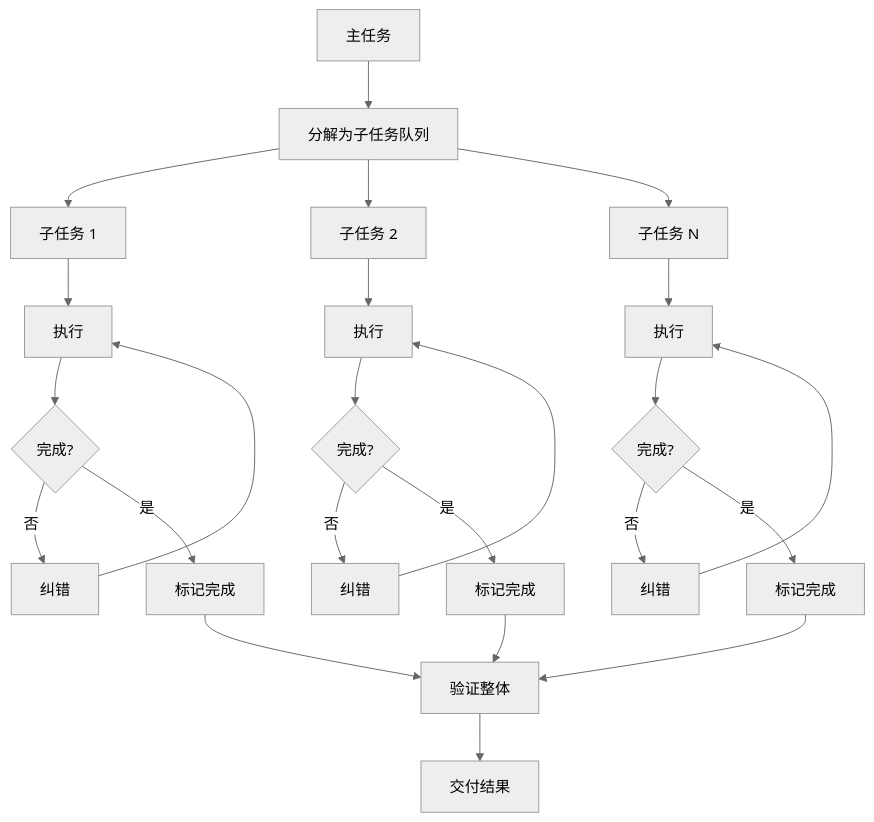
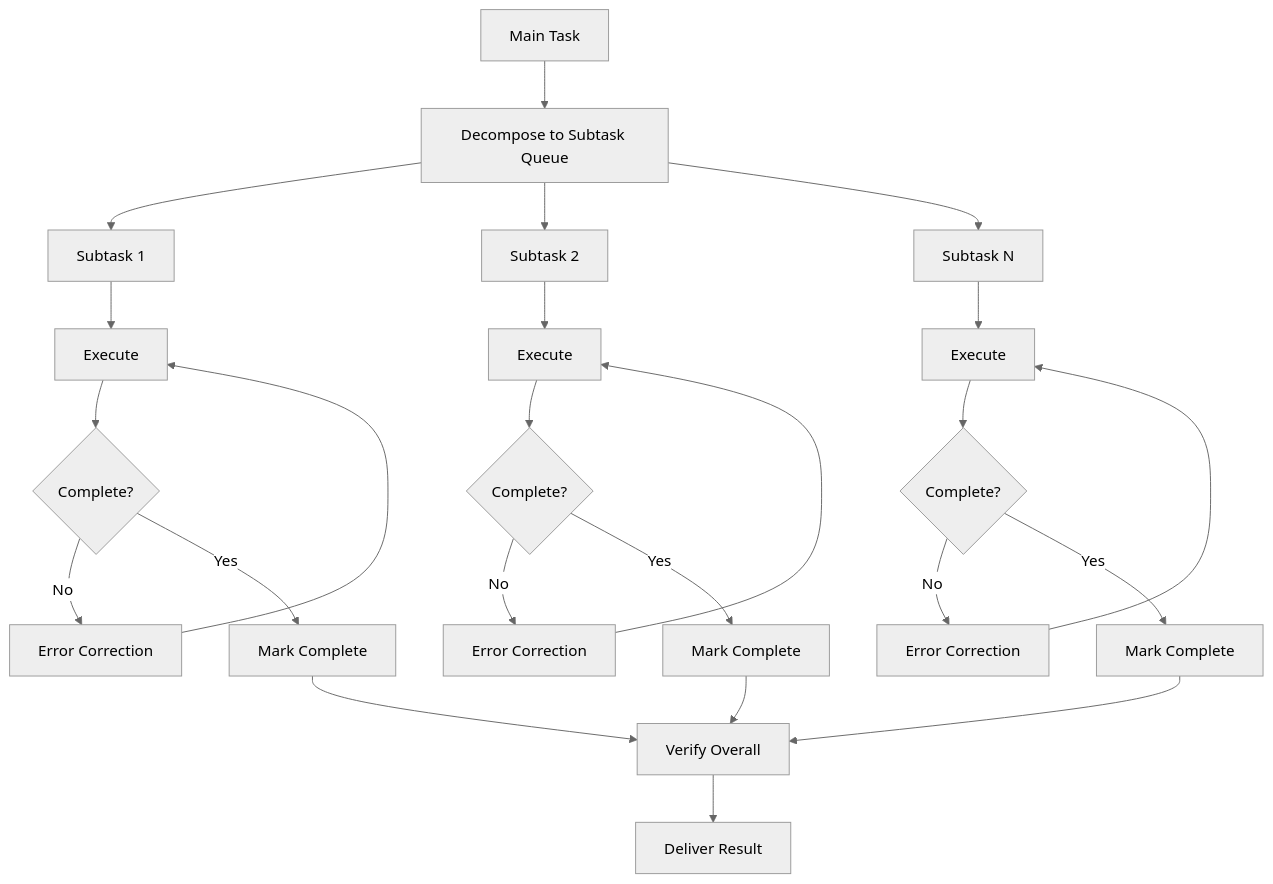
The third of 11 diagrams in ROADMAP.md (dyu55/My-Agent), drawn with Mermaid (neutral theme) before and after one commit. The commit also changed other lines of this file and 2 other files, not shown here.

````diff
--- a/ROADMAP.md
+++ b/ROADMAP.md
@@ -97,22 +96,22 @@
 ```mermaid
 flowchart TD
-    T1[主任务] --> T2[分解为子任务队列]
-    T2 --> T3[子任务 1]
-    T2 --> T4[子任务 2]
-    T2 --> T5[子任务 N]
+    T1[Main Task] --> T2[Decompose to Subtask Queue]
+    T2 --> T3[Subtask 1]
+    T2 --> T4[Subtask 2]
+    T2 --> T5[Subtask N]
 
-    T3 --> T3A[执行] --> T3B{完成?}
-    T4 --> T4A[执行] --> T4B{完成?}
-    T5 --> T5A[执行] --> T5B{完成?}
+    T3 --> T3A[Execute] --> T3B{Complete?}
+    T4 --> T4A[Execute] --> T4B{Complete?}
+    T5 --> T5A[Execute] --> T5B{Complete?}
 
-    T3B -- 否 --> E1[纠错] --> T3A
-    T4B -- 否 --> E2[纠错] --> T4A
-    T5B -- 否 --> E3[纠错] --> T5A
+    T3B -- No --> E1[Error Correction] --> T3A
+    T4B -- No --> E2[Error Correction] --> T4A
+    T5B -- No --> E3[Error Correction] --> T5A
 
-    T3B -- 是 --> C1[标记完成]
-    T4B -- 是 --> C2[标记完成]
-    T5B -- 是 --> C3[标记完成]
+    T3B -- Yes --> C1[Mark Complete]
+    T4B -- Yes --> C2[Mark Complete]
+    T5B -- Yes --> C3[Mark Complete]
 
-    C1 & C2 & C3 --> T6[验证整体]
-    T6 --> T7[交付结果]
+    C1 & C2 & C3 --> T6[Verify Overall]
+    T6 --> T7[Deliver Result]
 ```
````
